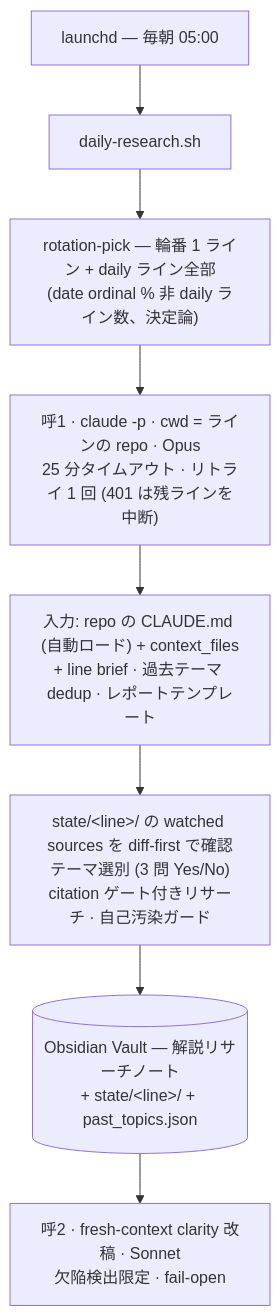
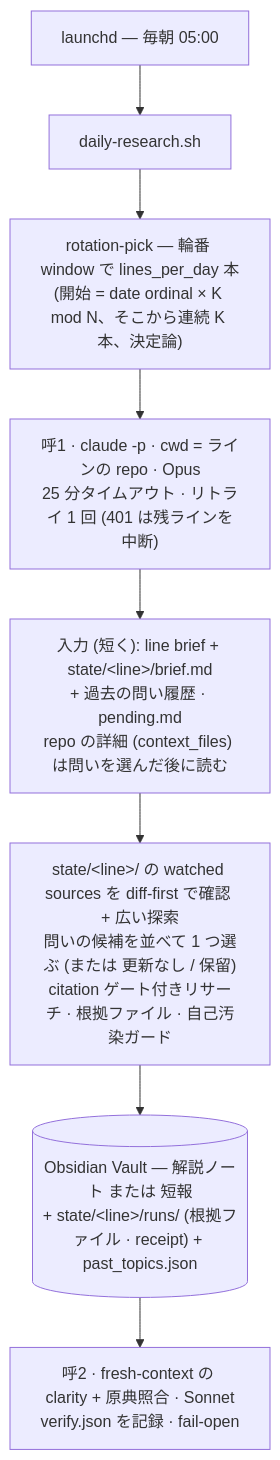
The diagram in README.ja.md (shimo4228/daily-research), drawn with Mermaid before and after one commit. The commit also changed other lines of this file and 10 other files, not shown here.

Commit message:
docs: sync CLAUDE.md, README, RUNBOOK, CONTRIB, llms.txt, dr-review to ADR-0017 (3-line window, content states, verification pass)

````diff
--- a/README.ja.md
+++ b/README.ja.md
@@ -15,10 +15,10 @@
 ```mermaid
 flowchart TD
     cron["launchd — 毎朝 05:00"] --> orch["daily-research.sh"]
-    orch --> pick["rotation-pick — 輪番 1 ライン + daily ライン全部<br/>(date ordinal % 非 daily ライン数、決定論)"]
+    orch --> pick["rotation-pick — 輪番 window で lines_per_day 本<br/>(開始 = date ordinal × K mod N、そこから連続 K 本、決定論)"]
     pick --> loop["呼1 · claude -p · cwd = ラインの repo · Opus<br/>25 分タイムアウト · リトライ 1 回 (401 は残ラインを中断)"]
-    loop --> ctx["入力: repo の CLAUDE.md (自動ロード) + context_files<br/>+ line brief · 過去テーマ dedup · レポートテンプレート"]
-    ctx --> run["state/&lt;line&gt;/ の watched sources を diff-first で確認<br/>テーマ選別 (3 問 Yes/No)<br/>citation ゲート付きリサーチ · 自己汚染ガード"]
-    run --> out[("Obsidian Vault — 解説リサーチノート<br/>+ state/&lt;line&gt;/ + past_topics.json")]
-    out --> clarity["呼2 · fresh-context clarity 改稿 · Sonnet<br/>欠陥検出限定 · fail-open"]
+    loop --> ctx["入力 (短く): line brief + state/&lt;line&gt;/brief.md<br/>+ 過去の問い履歴 · pending.md<br/>repo の詳細 (context_files) は問いを選んだ後に読む"]
+    ctx --> run["state/&lt;line&gt;/ の watched sources を diff-first で確認 + 広い探索<br/>問いの候補を並べて 1 つ選ぶ (または 更新なし / 保留)<br/>citation ゲート付きリサーチ · 根拠ファイル · 自己汚染ガード"]
+    run --> out[("Obsidian Vault — 解説ノート または 短報<br/>+ state/&lt;line&gt;/runs/ (根拠ファイル · receipt) + past_topics.json")]
+    out --> clarity["呼2 · fresh-context の clarity + 原典照合 · Sonnet<br/>verify.json を記録 · fail-open"]
 ```
````
